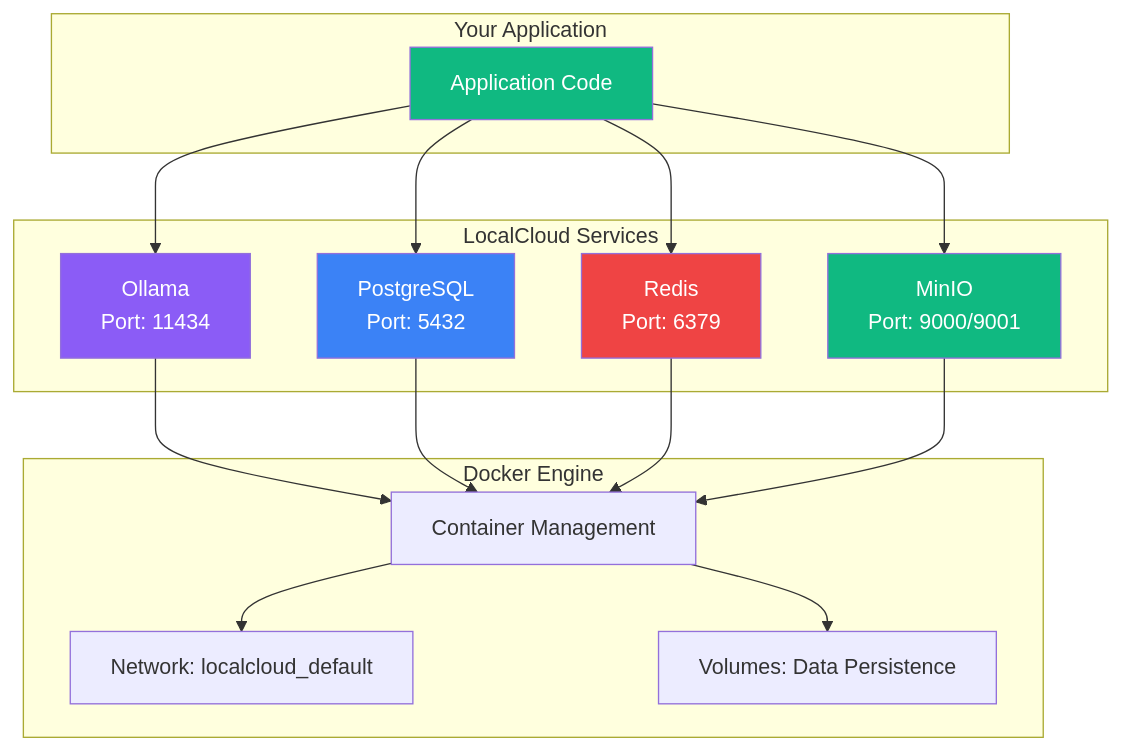
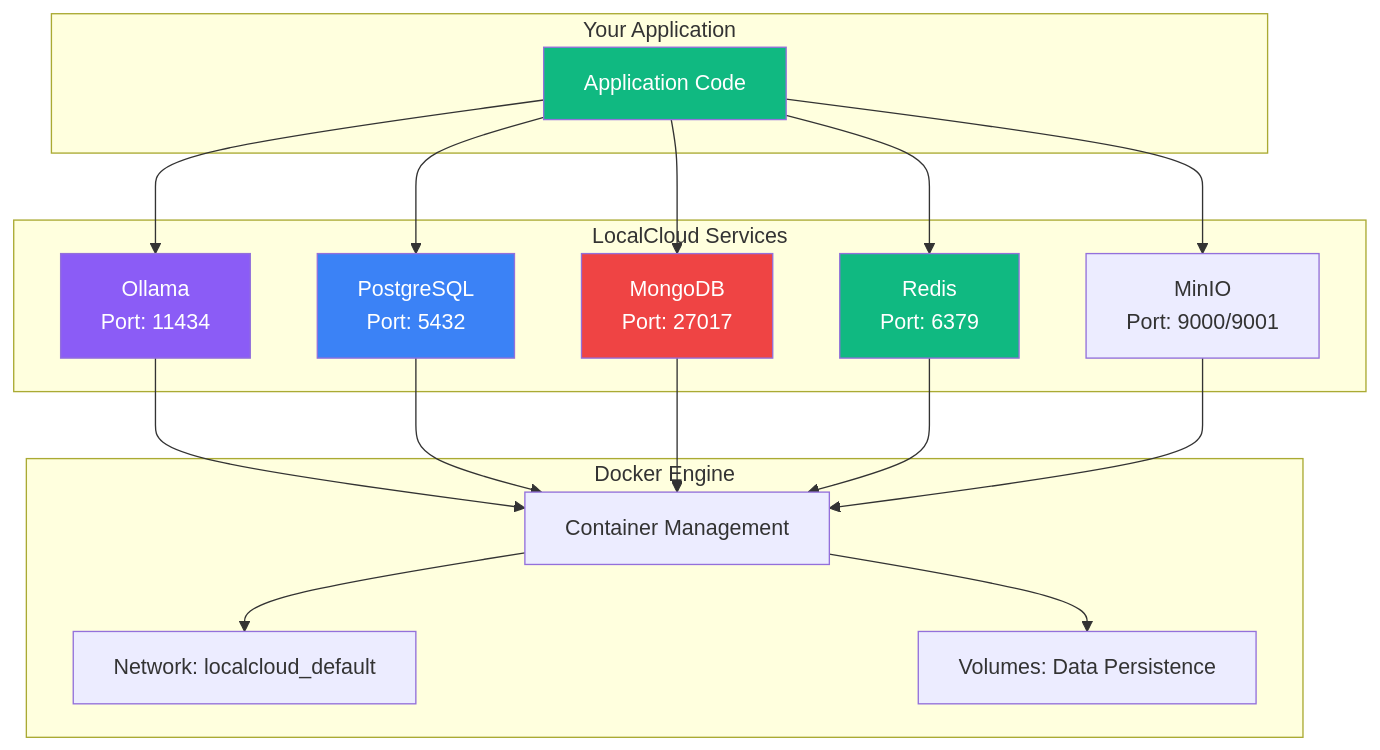
One commit to localcloud-sh/localcloud-docs changed the diagram in concepts/services.mdx. Above: the diagram before and after it, drawn with Mermaid. The commit also changed other lines of this file and 16 other files, not shown here.

````diff
--- a/concepts/services.mdx
+++ b/concepts/services.mdx
@@ -30,38 +33,41 @@
 ```mermaid
 graph TB
     subgraph "Your Application"
         A[Application Code]
     end
 
     subgraph "LocalCloud Services"
         B[Ollama<br/>Port: 11434]
         C[PostgreSQL<br/>Port: 5432]
-        D[Redis<br/>Port: 6379]
-        E[MinIO<br/>Port: 9000/9001]
+        D[MongoDB<br/>Port: 27017]
+        E[Redis<br/>Port: 6379]
+        F[MinIO<br/>Port: 9000/9001]
     end
 
     subgraph "Docker Engine"
-        F[Container Management]
-        G[Network: localcloud_default]
-        H[Volumes: Data Persistence]
+        G[Container Management]
+        H[Network: localcloud_default]
+        I[Volumes: Data Persistence]
     end
 
     A --> B
     A --> C
     A --> D
     A --> E
+    A --> F
 
-    B --> F
-    C --> F
-    D --> F
-    E --> F
+    B --> G
+    C --> G
+    D --> G
+    E --> G
+    F --> G
 
-    F --> G
-    F --> H
+    G --> H
+    G --> I
 
     style A fill:#10b981,color:#fff
     style B fill:#8b5cf6,color:#fff
     style C fill:#3b82f6,color:#fff
     style D fill:#ef4444,color:#fff
     style E fill:#10b981,color:#fff
 ```
````
